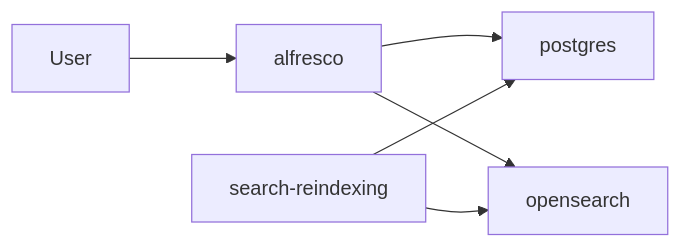
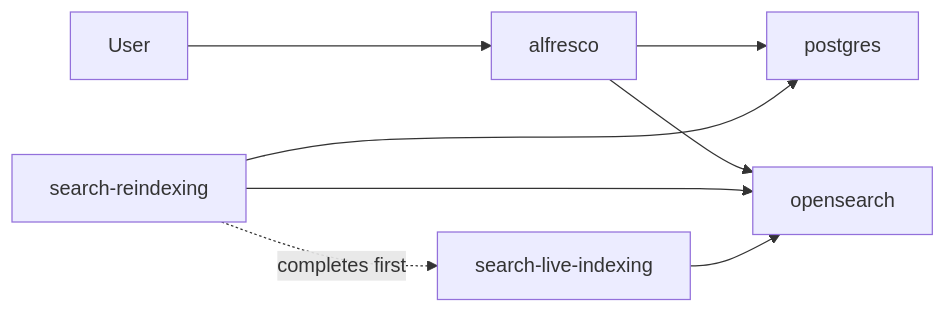
One commit to aborroy/alfresco-onprem-to-cloud-lab changed the third of 12 diagrams in README.md. Above: the diagram before and after it, drawn with Mermaid. The commit also changed other lines of this file and 9 other files, not shown here.

````diff
--- a/README.md
+++ b/README.md
@@ -143,8 +143,10 @@
 ```mermaid
 flowchart LR
   user["User"] --> repo["alfresco"]
   repo --> db["postgres"]
   repo --> os["opensearch"]
   reidx["search-reindexing"] --> db
   reidx --> os
+  live["search-live-indexing"] --> os
+  reidx -. "completes first" .-> live
 ```
````
